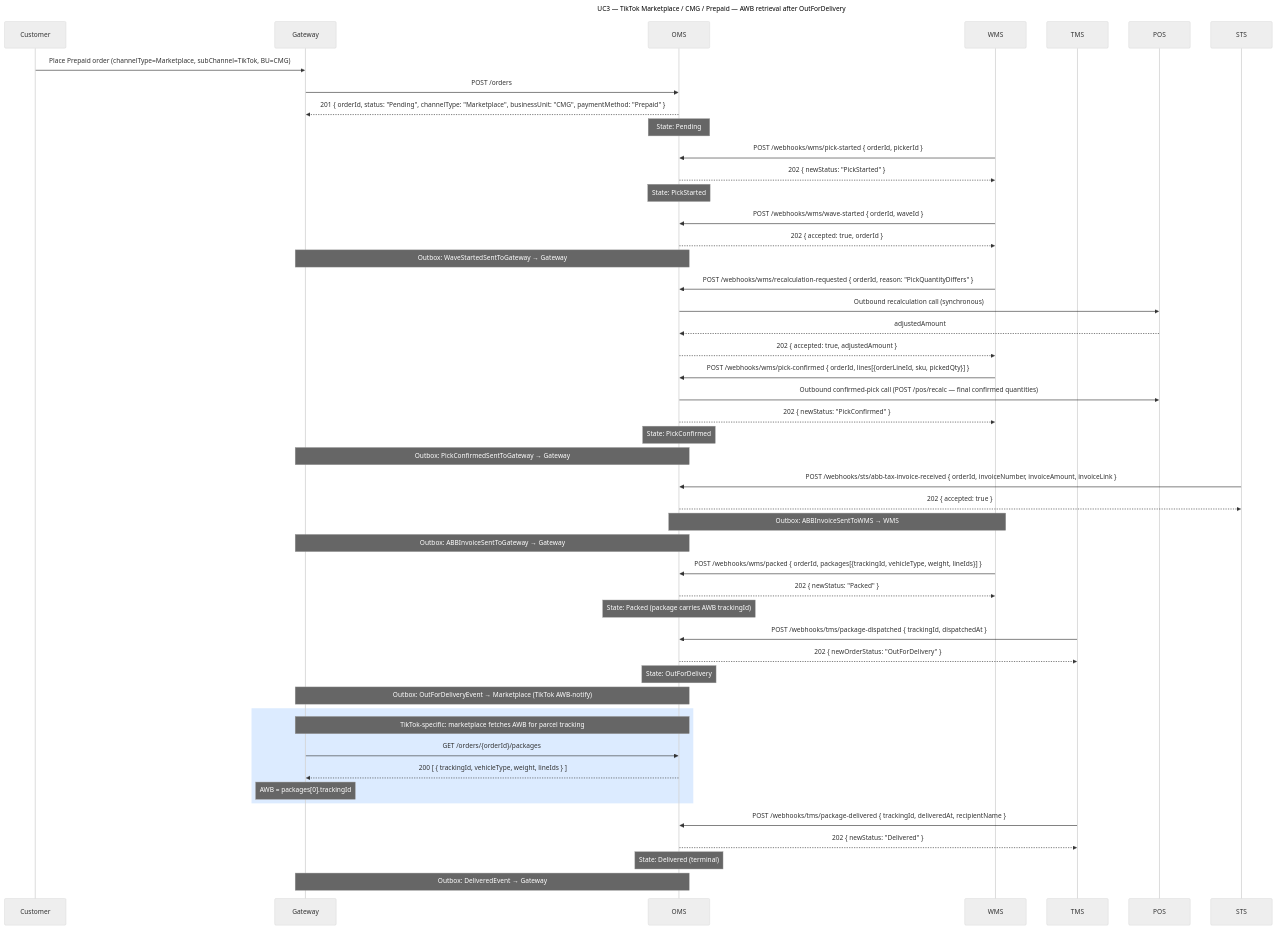
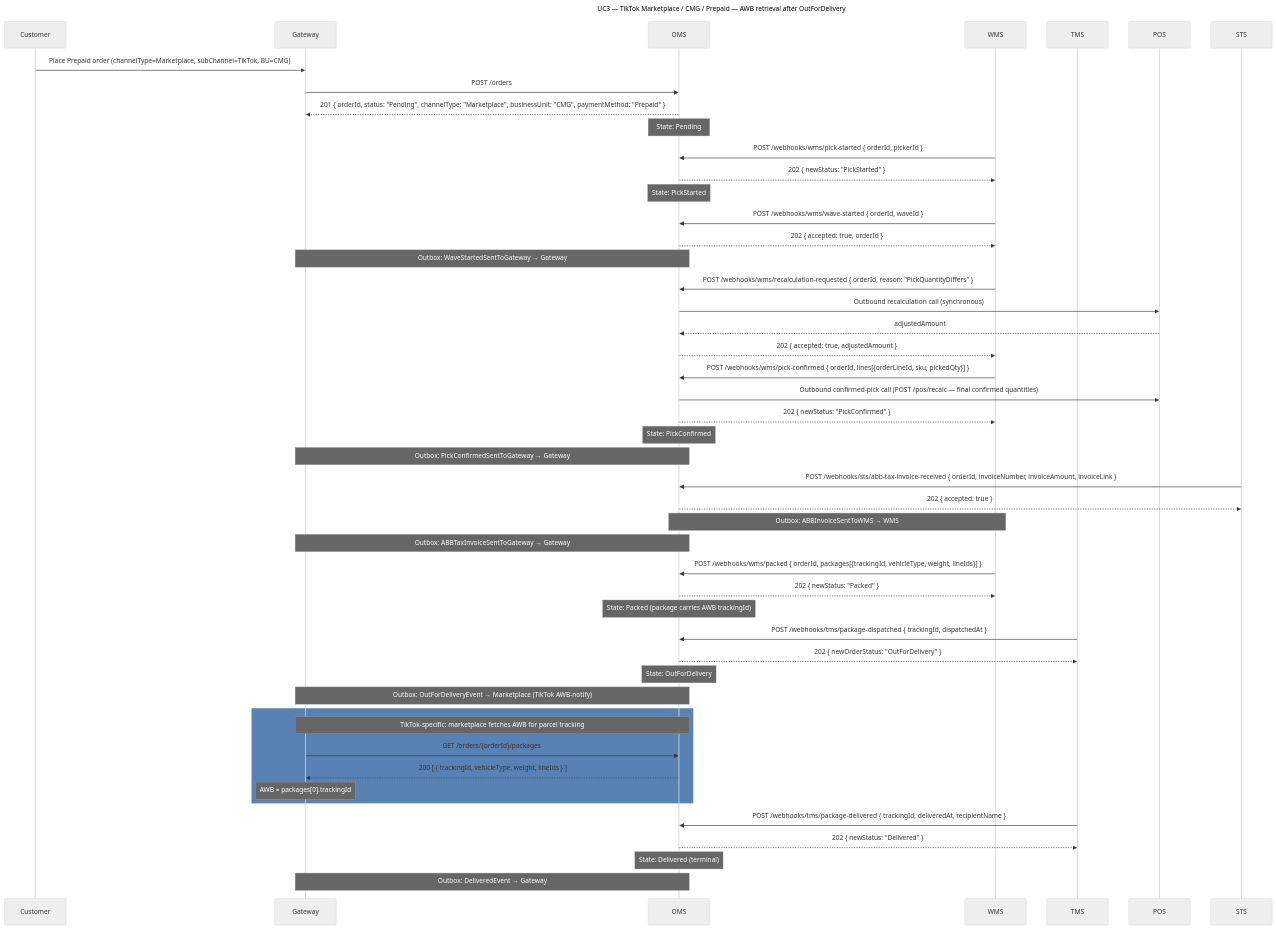
One commit to rosered11/oms-claude changed the third of 13 diagrams in docs/oms-e2e-sequence-diagrams.md. Above: the diagram before and after it, drawn with Mermaid (neutral theme). The commit also changed other lines of this file and 39 other files, not shown here.

````diff
--- a/docs/oms-e2e-sequence-diagrams.md
+++ b/docs/oms-e2e-sequence-diagrams.md
@@ -136,62 +136,62 @@
 ```mermaid
 sequenceDiagram
   title: UC3 — TikTok Marketplace / CMG / Prepaid — AWB retrieval after OutForDelivery
 
   participant Customer
   participant Gateway
   participant OMS
   participant WMS
   participant TMS
   participant POS
   participant STS
 
   Customer->>Gateway: Place Prepaid order (channelType=Marketplace, subChannel=TikTok, BU=CMG)
   Gateway->>OMS: POST /orders
   OMS-->>Gateway: 201 { orderId, status: "Pending", channelType: "Marketplace", businessUnit: "CMG", paymentMethod: "Prepaid" }
   Note over OMS: State: Pending
 
   WMS->>OMS: POST /webhooks/wms/pick-started { orderId, pickerId }
   OMS-->>WMS: 202 { newStatus: "PickStarted" }
   Note over OMS: State: PickStarted
 
   WMS->>OMS: POST /webhooks/wms/wave-started { orderId, waveId }
   OMS-->>WMS: 202 { accepted: true, orderId }
   Note over OMS,Gateway: Outbox: WaveStartedSentToGateway → Gateway
 
   WMS->>OMS: POST /webhooks/wms/recalculation-requested { orderId, reason: "PickQuantityDiffers" }
   OMS->>POS: Outbound recalculation call (synchronous)
   POS-->>OMS: adjustedAmount
   OMS-->>WMS: 202 { accepted: true, adjustedAmount }
 
   WMS->>OMS: POST /webhooks/wms/pick-confirmed { orderId, lines[{orderLineId, sku, pickedQty}] }
   OMS->>POS: Outbound confirmed-pick call (POST /pos/recalc — final confirmed quantities)
   OMS-->>WMS: 202 { newStatus: "PickConfirmed" }
   Note over OMS: State: PickConfirmed
   Note over OMS,Gateway: Outbox: PickConfirmedSentToGateway → Gateway
 
   STS->>OMS: POST /webhooks/sts/abb-tax-invoice-received { orderId, invoiceNumber, invoiceAmount, invoiceLink }
   OMS-->>STS: 202 { accepted: true }
   Note over OMS,WMS: Outbox: ABBInvoiceSentToWMS → WMS
-  Note over OMS,Gateway: Outbox: ABBInvoiceSentToGateway → Gateway
+  Note over OMS,Gateway: Outbox: ABBTaxInvoiceSentToGateway → Gateway
 
   WMS->>OMS: POST /webhooks/wms/packed { orderId, packages[{trackingId, vehicleType, weight, lineIds}] }
   OMS-->>WMS: 202 { newStatus: "Packed" }
   Note over OMS: State: Packed (package carries AWB trackingId)
 
   TMS->>OMS: POST /webhooks/tms/package-dispatched { trackingId, dispatchedAt }
   OMS-->>TMS: 202 { newOrderStatus: "OutForDelivery" }
   Note over OMS: State: OutForDelivery
   Note over OMS,Gateway: Outbox: OutForDeliveryEvent → Marketplace (TikTok AWB-notify)
 
-  rect rgb(220, 235, 255)
+  rect rgb(88, 130, 180)
     Note over Gateway,OMS: TikTok-specific: marketplace fetches AWB for parcel tracking
     Gateway->>OMS: GET /orders/{orderId}/packages
     OMS-->>Gateway: 200 [ { trackingId, vehicleType, weight, lineIds } ]
     Note over Gateway: AWB = packages[0].trackingId
   end
 
   TMS->>OMS: POST /webhooks/tms/package-delivered { trackingId, deliveredAt, recipientName }
   OMS-->>TMS: 202 { newStatus: "Delivered" }
   Note over OMS: State: Delivered (terminal)
   Note over OMS,Gateway: Outbox: DeliveredEvent → Gateway
 ```
````
